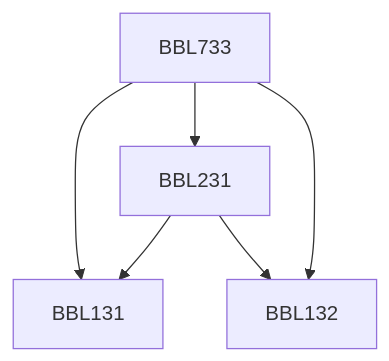
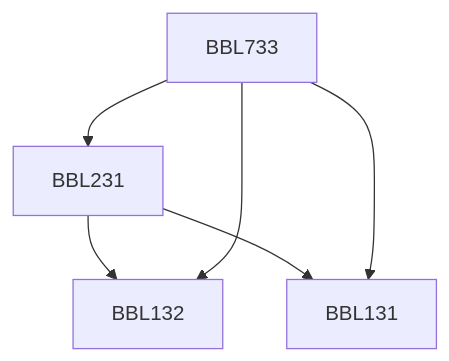
One commit to KeshavBansal0122/CoS_Website changed the diagram in content/Biochemical Engineering and Biotechnology/BBL733.md. Above: the diagram before and after it, drawn with Mermaid. The commit also changed other lines of this file and 2662 other files, not shown here.

````diff
--- a/content/Biochemical Engineering and Biotechnology/BBL733.md
+++ b/content/Biochemical Engineering and Biotechnology/BBL733.md
@@ -13,12 +13,12 @@
 ```mermaid
 flowchart TD
 BBL733-1295[BBL733]
+BBL231-1295 --> BBL131-1295[BBL131]
+BBL231-1295 --> BBL132-1295[BBL132]
+BBL733-1295 --> BBL132-1295[BBL132]
 BBL733-1295 --> BBL131-1295[BBL131]
 BBL733-1295 --> BBL231-1295[BBL231]
-BBL231-1295 --> BBL132-1295[BBL132]
-BBL231-1295 --> BBL131-1295[BBL131]
-BBL733-1295 --> BBL132-1295[BBL132]
 
 classDef empty height:17px, fill:transparent, stroke:transparent;
 classDef trueEmpty height:0px, width:0px;
 ```
````
